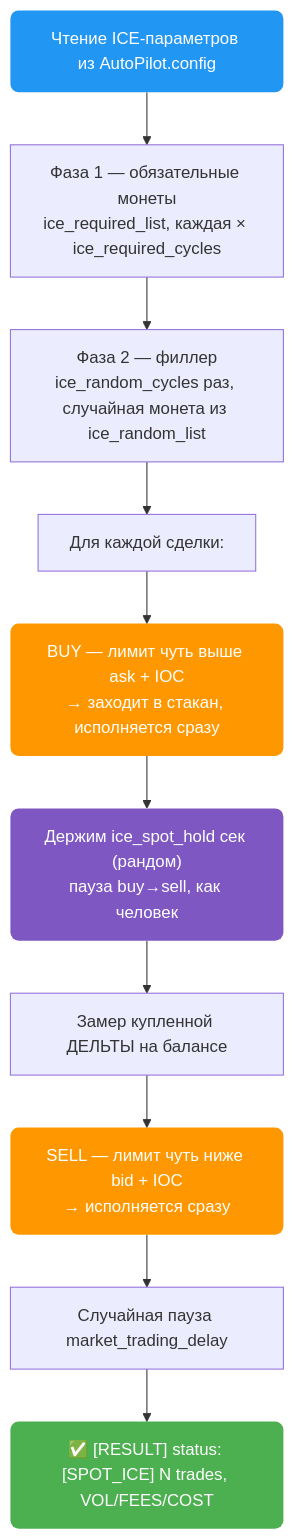
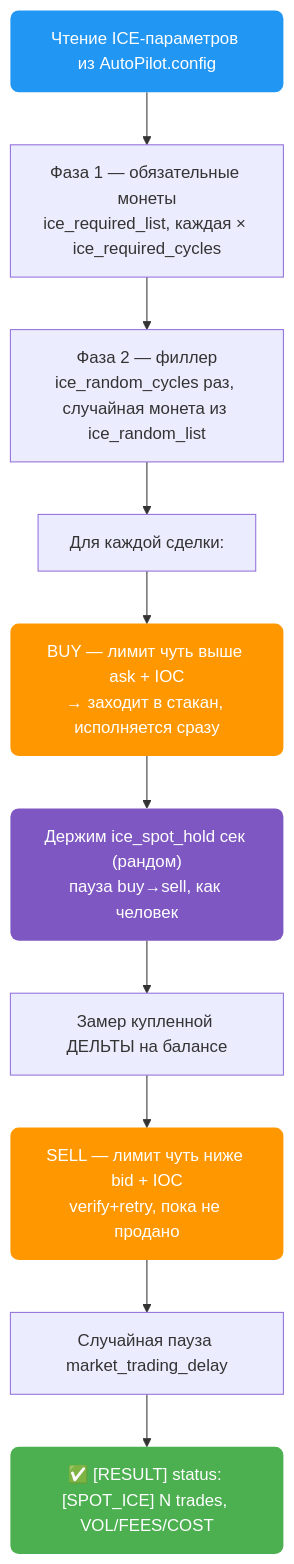
One commit to AutoPilotSoftware/docs changed the first of 5 diagrams in src/content/docs/exchanges/bybit-autopilot/ice.md. Above: the diagram before and after it, drawn with Mermaid. The commit also changed other lines of this file, not shown here.

Commit message:
docs(spot_ice): note the sell is guaranteed (verify + retry until flat)
Spot marketable-limit IOC can under-fill on a sharp move / thin book; the bot now
re-reads balance and re-sells the remainder with escalating offset until flat (up
to 3 tries), so spot closes as reliably as a futures market close.

````diff
--- a/src/content/docs/exchanges/bybit-autopilot/ice.md
+++ b/src/content/docs/exchanges/bybit-autopilot/ice.md
@@ -71,17 +73,17 @@
 ```mermaid
 flowchart TD
     A["Чтение ICE-параметров из AutoPilot.config"] --> B["Фаза 1 — обязательные монеты<br/>ice_required_list, каждая × ice_required_cycles"]
     B --> C["Фаза 2 — филлер<br/>ice_random_cycles раз, случайная монета из ice_random_list"]
     C --> D["Для каждой сделки:"]
     D --> E["BUY — лимит чуть выше ask + IOC<br/>→ заходит в стакан, исполняется сразу"]
     E --> EH["Держим ice_spot_hold сек (рандом)<br/>пауза buy→sell, как человек"]
     EH --> F["Замер купленной ДЕЛЬТЫ на балансе"]
-    F --> G["SELL — лимит чуть ниже bid + IOC<br/>→ исполняется сразу"]
+    F --> G["SELL — лимит чуть ниже bid + IOC<br/>verify+retry, пока не продано"]
     G --> H["Случайная пауза market_trading_delay"]
     H --> I["✅ [RESULT] status: [SPOT_ICE] N trades, VOL/FEES/COST"]
     style A fill:#2196F3,color:#fff,stroke:none,rx:8
     style E fill:#FF9800,color:#fff,stroke:none,rx:8
     style EH fill:#7E57C2,color:#fff,stroke:none,rx:8
     style G fill:#FF9800,color:#fff,stroke:none,rx:8
     style I fill:#4CAF50,color:#fff,stroke:none,rx:8
 ```
````
